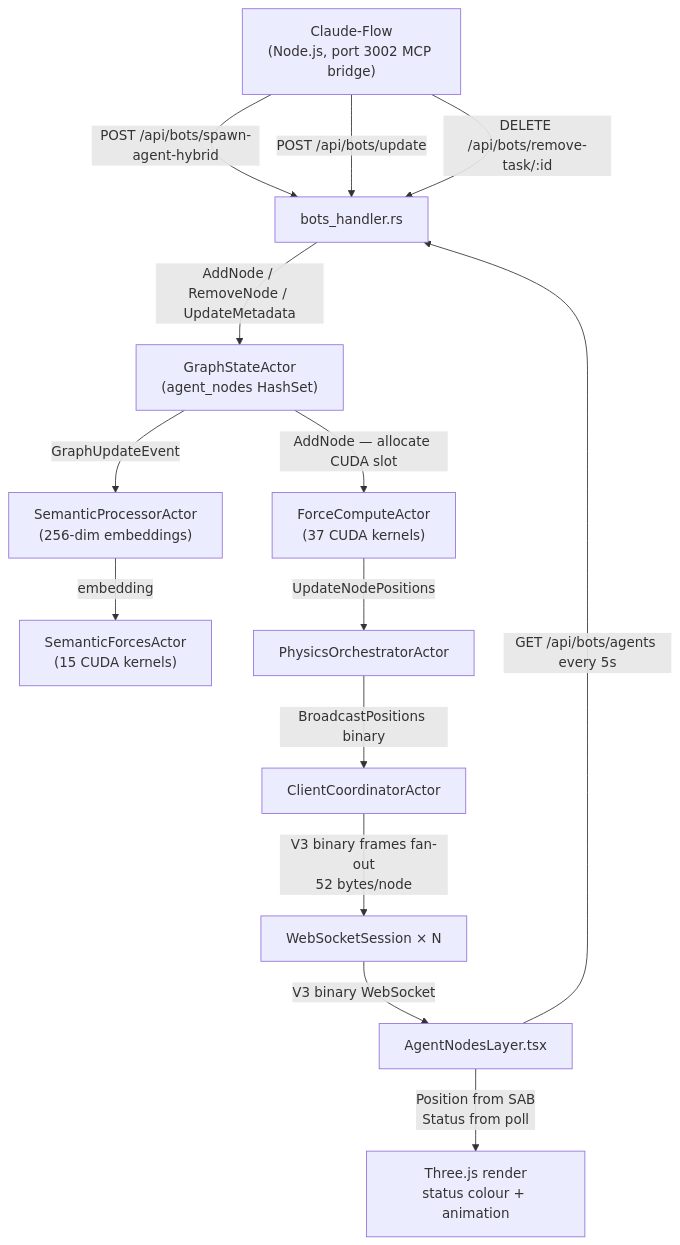
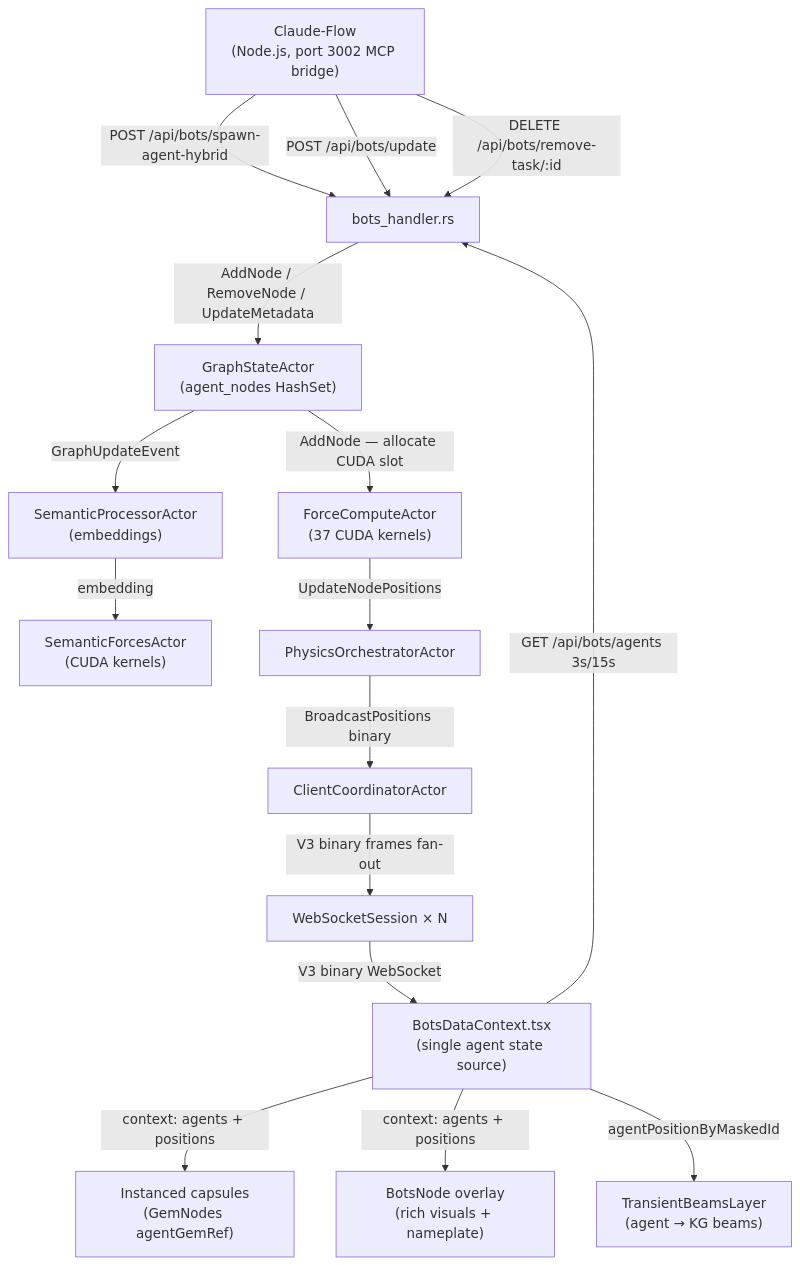
The second of 2 diagrams in docs/explanation/agent-physics-bridge.md (DreamLab-AI/AR-AI-Knowledge-Graph), drawn with Mermaid before and after one commit. The commit also changed other lines of this file and 4 other files, not shown here.

First line of the commit message:
refactor(agent-viz): one body, one overlay, one nameplate per agent

````diff
--- a/docs/explanation/agent-physics-bridge.md
+++ b/docs/explanation/agent-physics-bridge.md
@@ -214,23 +224,25 @@
 ```mermaid
 graph TD
     CF["Claude-Flow<br/>(Node.js, port 3002 MCP bridge)"]
 
     CF -->|POST /api/bots/spawn-agent-hybrid| BH["bots_handler.rs"]
     CF -->|POST /api/bots/update| BH
     CF -->|DELETE /api/bots/remove-task/:id| BH
 
     BH -->|AddNode / RemoveNode / UpdateMetadata| GSA["GraphStateActor<br/>(agent_nodes HashSet)"]
 
     GSA -->|AddNode — allocate CUDA slot| FCA["ForceComputeActor<br/>(37 CUDA kernels)"]
-    GSA -->|GraphUpdateEvent| SP["SemanticProcessorActor<br/>(256-dim embeddings)"]
-    SP -->|embedding| SFA["SemanticForcesActor<br/>(15 CUDA kernels)"]
+    GSA -->|GraphUpdateEvent| SP["SemanticProcessorActor<br/>(embeddings)"]
+    SP -->|embedding| SFA["SemanticForcesActor<br/>(CUDA kernels)"]
 
     FCA -->|UpdateNodePositions| PO["PhysicsOrchestratorActor"]
     PO -->|BroadcastPositions binary| CC["ClientCoordinatorActor"]
-    CC -->|V3 binary frames fan-out<br/>52 bytes/node| WSS["WebSocketSession × N"]
+    CC -->|V3 binary frames fan-out| WSS["WebSocketSession × N"]
 
-    WSS -->|V3 binary WebSocket| ANL["AgentNodesLayer.tsx"]
-    ANL -->|GET /api/bots/agents every 5s| BH
+    WSS -->|V3 binary WebSocket| BDC["BotsDataContext.tsx<br/>(single agent state source)"]
+    BDC -->|GET /api/bots/agents 3s/15s| BH
 
-    ANL -->|Position from SAB<br/>Status from poll| Render["Three.js render<br/>status colour + animation"]
+    BDC -->|context: agents + positions| CAP["Instanced capsules<br/>(GemNodes agentGemRef)"]
+    BDC -->|context: agents + positions| BN["BotsNode overlay<br/>(rich visuals + nameplate)"]
+    BDC -->|agentPositionByMaskedId| TB["TransientBeamsLayer<br/>(agent → KG beams)"]
 ```
````
